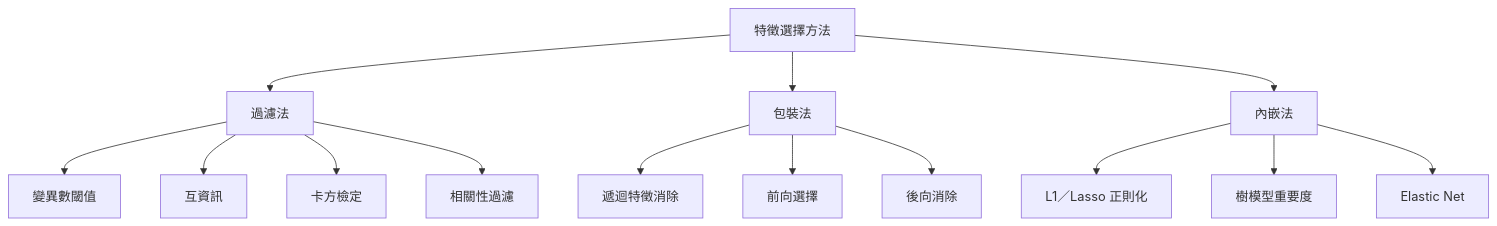
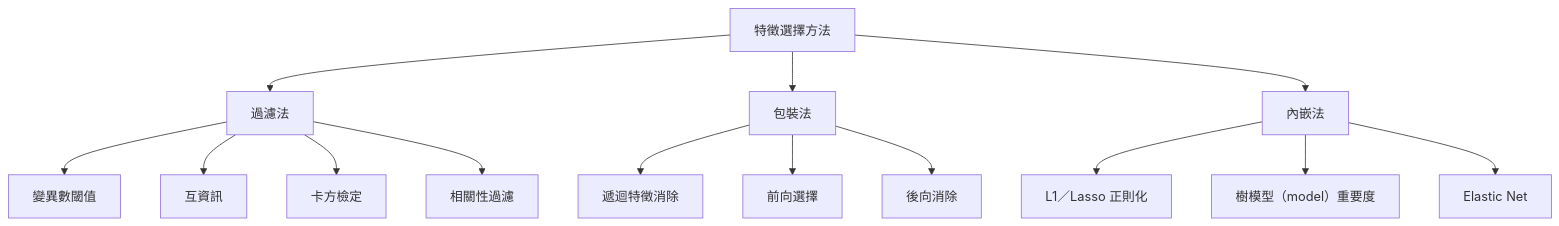
The first of 4 diagrams in i18n/zh-TW/phases/02-ml-fundamentals/18-feature-selection/docs/zh-TW.md (edward821220/ai-engineering-from-scratch), drawn with Mermaid before and after one commit. The commit also changed other lines of this file and 87 other files, not shown here.

````diff
--- a/i18n/zh-TW/phases/02-ml-fundamentals/18-feature-selection/docs/zh-TW.md
+++ b/i18n/zh-TW/phases/02-ml-fundamentals/18-feature-selection/docs/zh-TW.md
@@ -33,19 +33,19 @@
 ```mermaid
 flowchart TD
     A[特徵選擇方法] --> B[過濾法]
     A --> C[包裝法]
     A --> D[內嵌法]
 
     B --> B1["變異數閾值"]
     B --> B2["互資訊"]
     B --> B3["卡方檢定"]
     B --> B4["相關性過濾"]
 
     C --> C1["遞迴特徵消除"]
     C --> C2["前向選擇"]
     C --> C3["後向消除"]
 
     D --> D1["L1／Lasso 正則化"]
-    D --> D2["樹模型重要度"]
+    D --> D2["樹模型（model）重要度"]
     D --> D3["Elastic Net"]
 ```
````
